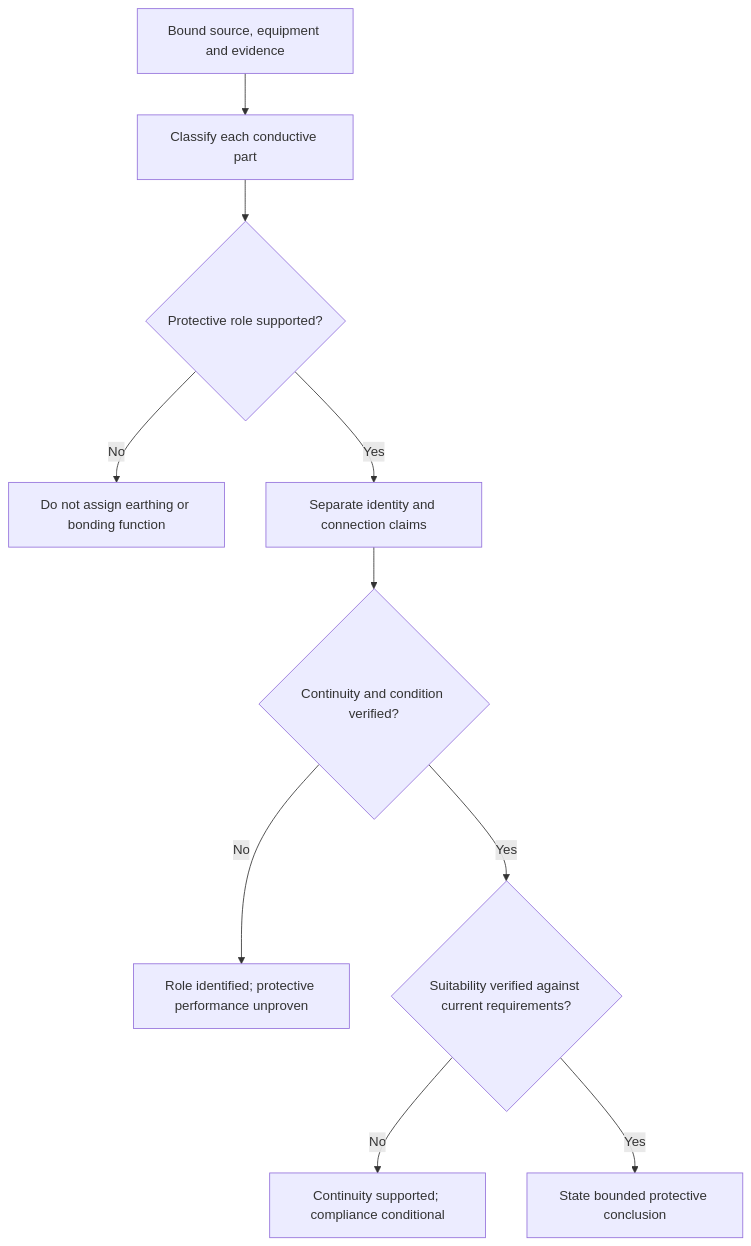
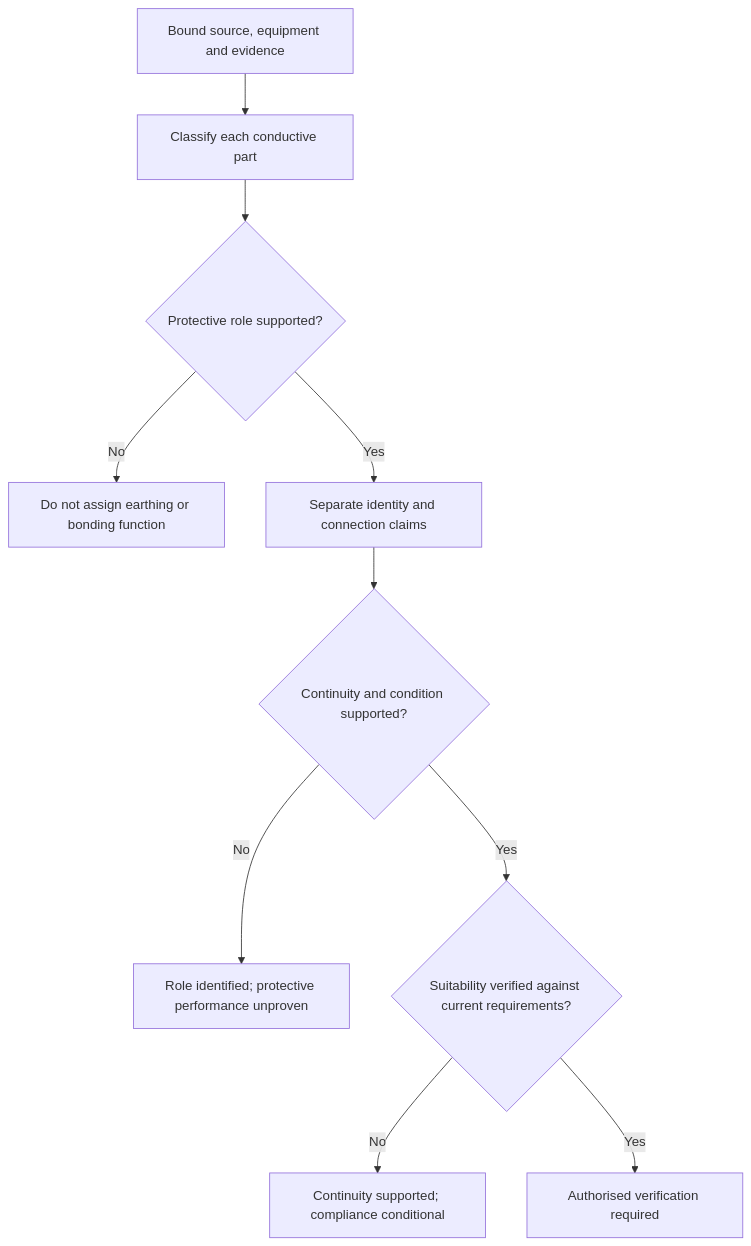
One commit to andrew3stedall/capstone changed the first of 3 diagrams in docs/learning-plans/6-week/modules/day-11-protective-earthing-continuity-and-equipotential-bonding-concepts.md. Above: the diagram before and after it, drawn with Mermaid. The commit also changed other lines of this file, not shown here.

Commit message:
Improve Day 11 continuity and bonding module

````diff
--- a/docs/learning-plans/6-week/modules/day-11-protective-earthing-continuity-and-equipotential-bonding-concepts.md
+++ b/docs/learning-plans/6-week/modules/day-11-protective-earthing-continuity-and-equipotential-bonding-concepts.md
@@ -116,12 +140,12 @@
 ```mermaid
 flowchart TD
     A["Bound source, equipment and evidence"] --> B["Classify each conductive part"]
     B --> C{"Protective role supported?"}
     C -->|"No"| D["Do not assign earthing or bonding function"]
     C -->|"Yes"| E["Separate identity and connection claims"]
-    E --> F{"Continuity and condition verified?"}
+    E --> F{"Continuity and condition supported?"}
     F -->|"No"| G["Role identified; protective performance unproven"]
     F -->|"Yes"| H{"Suitability verified against current requirements?"}
     H -->|"No"| I["Continuity supported; compliance conditional"]
-    H -->|"Yes"| J["State bounded protective conclusion"]
+    H -->|"Yes"| J["Authorised verification required"]
 ```
````
